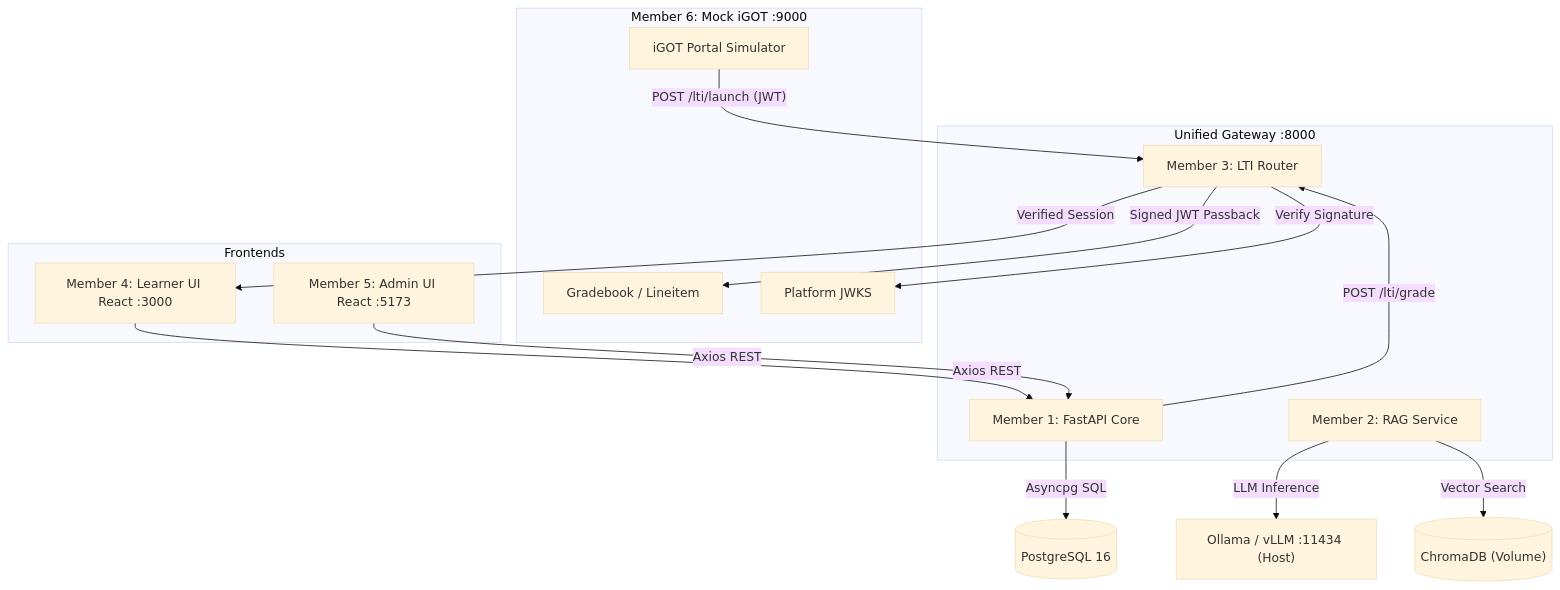
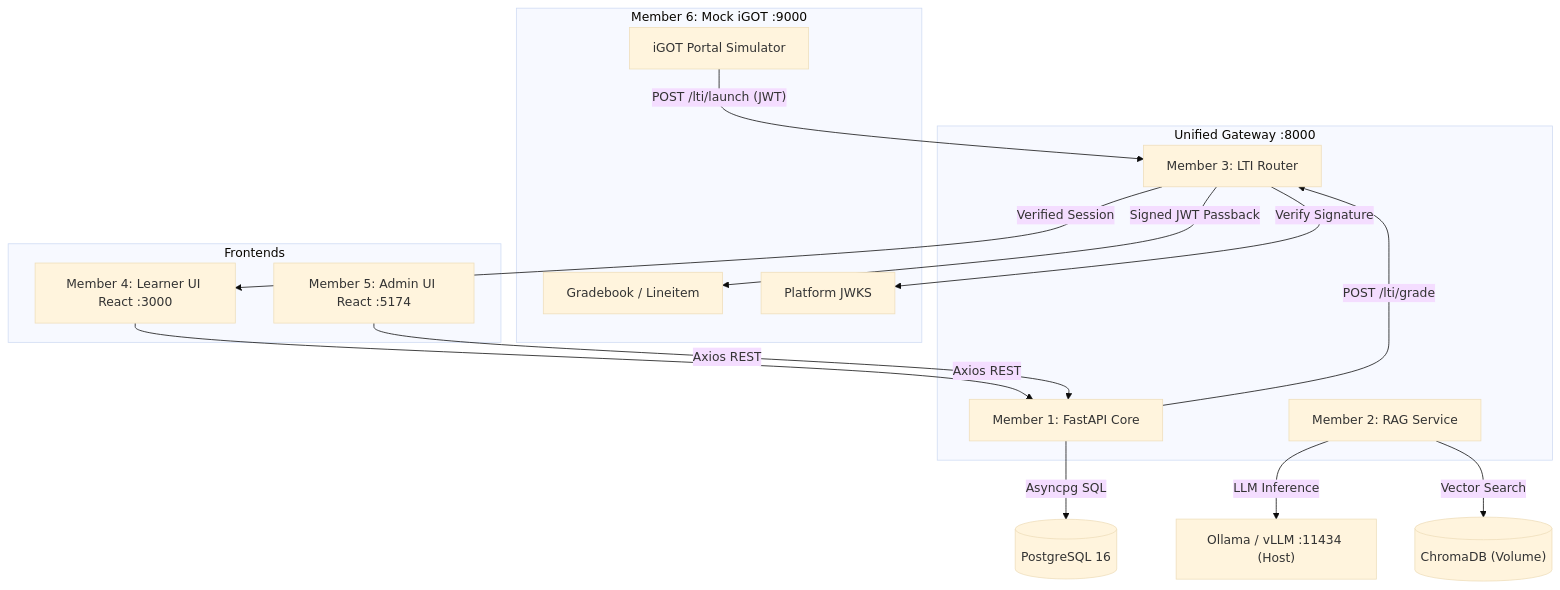
The diagram in docs/06_Architecture.md (PRIYASH-SINGH/KarmMitra-AI), drawn with Mermaid (base theme) before and after one commit.

Commit message:
docs: correct admin UI port to 5174 in architecture map

````diff
--- a/docs/06_Architecture.md
+++ b/docs/06_Architecture.md
@@ -7,41 +7,41 @@
 ```mermaid
 graph TD
     %% Member 6 (Mock iGOT Platform)
     subgraph M6 ["Member 6: Mock iGOT :9000"]
         LMS[iGOT Portal Simulator]
         AGS[Gradebook / Lineitem]
         JWKS_P[Platform JWKS]
     end
 
     %% Members 4 & 5 (Frontend)
     subgraph Frontends
         M4["Member 4: Learner UI React :3000"]
-        M5["Member 5: Admin UI React :5173"]
+        M5["Member 5: Admin UI React :5174"]
     end
 
     %% Unified Gateway (Members 1, 2, 3 — single process)
     subgraph Gateway ["Unified Gateway :8000"]
         API["Member 1: FastAPI Core"]
         LTI["Member 3: LTI Router"]
         RAG["Member 2: RAG Service"]
     end
 
     DB[("PostgreSQL 16")]
     VLLM["Ollama / vLLM :11434 (Host)"]
     CHROMA[("ChromaDB (Volume)")]
 
     %% Connections
     LMS -- "POST /lti/launch (JWT)" --> LTI
     LTI -- "Verified Session" --> M4
 
     M4 -- "Axios REST" --> API
     M5 -- "Axios REST" --> API
 
     API -- "Asyncpg SQL" --> DB
     RAG -- "LLM Inference" --> VLLM
     RAG -- "Vector Search" --> CHROMA
 
     LTI -- "Verify Signature" --> JWKS_P
     API -- "POST /lti/grade" --> LTI
     LTI -- "Signed JWT Passback" --> AGS
 ```
````
